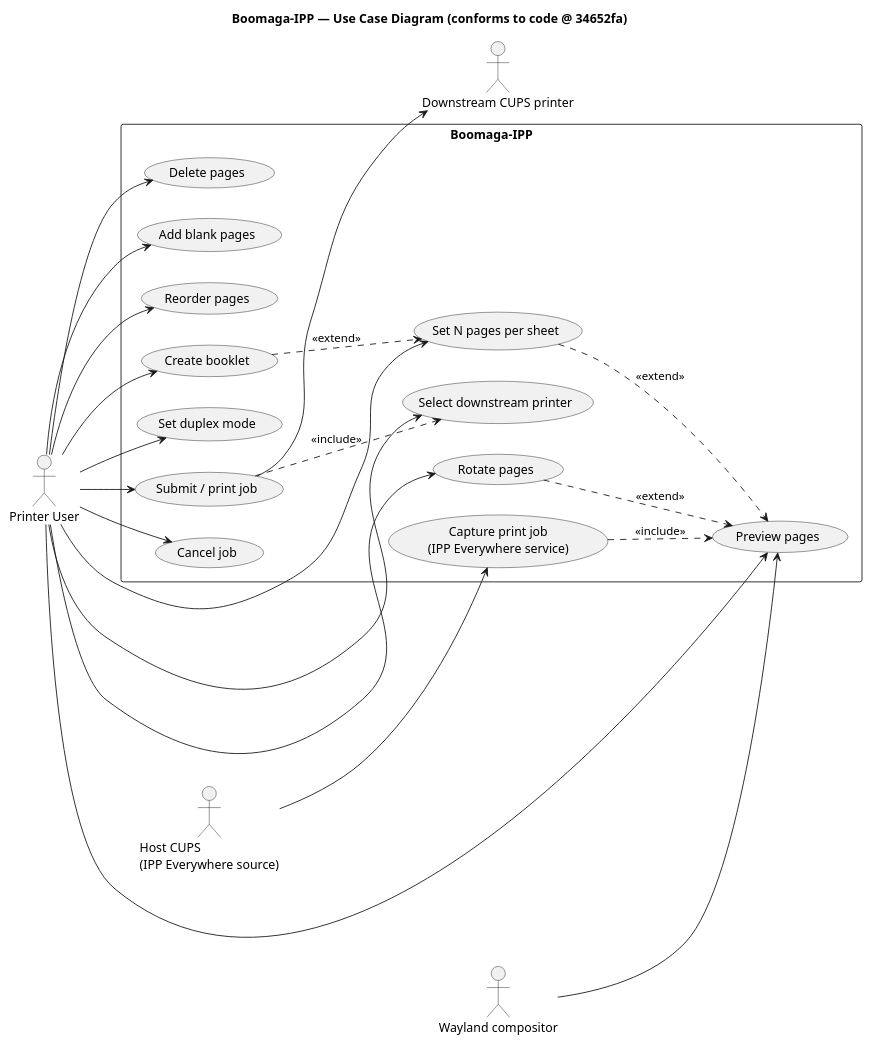
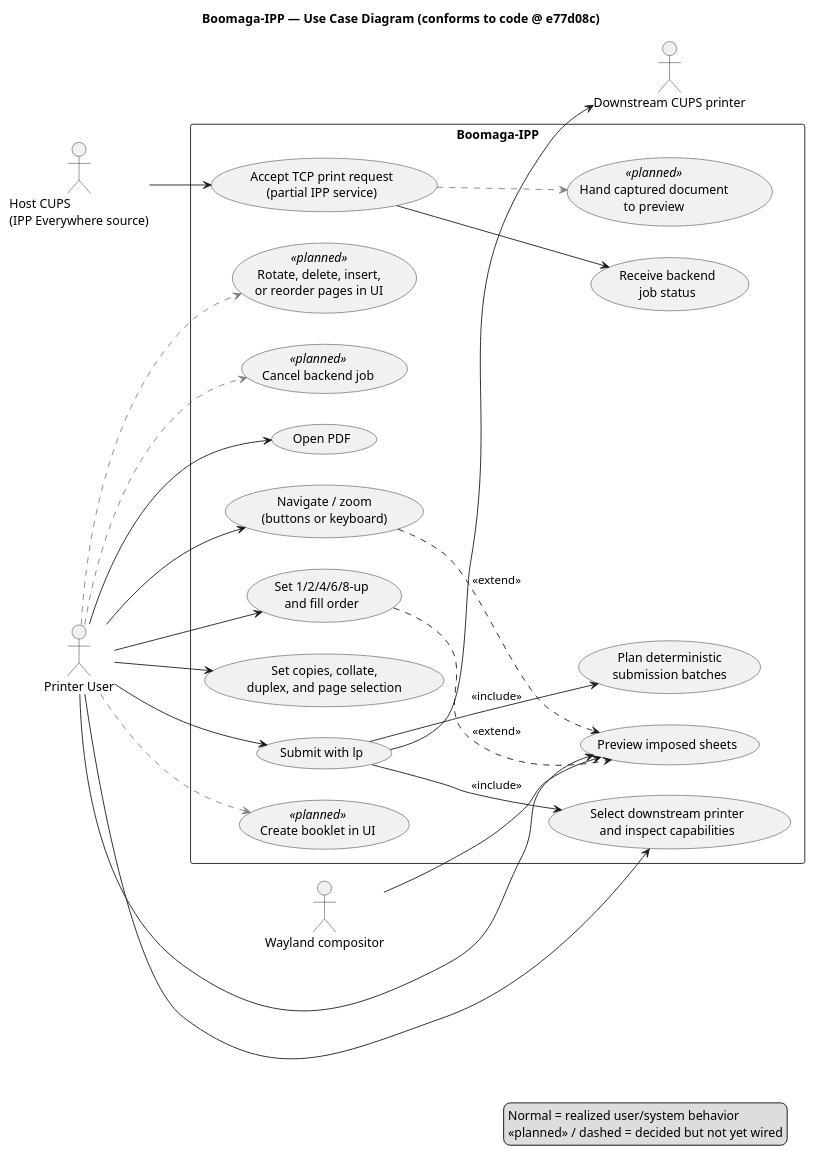
The diagram in docs/uml/C4-usecase.puml (GaryScottMartin/Boomaga-IPP), drawn with PlantUML before and after one commit. The commit also changed 15 other files, not shown here.

Commit message:
Reconcile UML through Phase G

```diff
--- a/docs/uml/C4-usecase.puml
+++ b/docs/uml/C4-usecase.puml
@@ -1,46 +1,54 @@
 @startuml
-title Boomaga-IPP — Use Case Diagram (conforms to code @ 34652fa)
+title Boomaga-IPP — Use Case Diagram (conforms to code @ e77d08c)
 left to right direction
 skinparam packageStyle rectangle
 
 actor "Printer User" as User
 actor "Host CUPS\n(IPP Everywhere source)" as CUPS
 actor "Wayland compositor" as Wayland
 actor "Downstream CUPS printer" as Printer
 
 rectangle "Boomaga-IPP" {
-  usecase "Capture print job\n(IPP Everywhere service)" as UC1
-  usecase "Preview pages" as UC2
-  usecase "Rotate pages" as UC3
-  usecase "Delete pages" as UC4
-  usecase "Add blank pages" as UC5
-  usecase "Reorder pages" as UC6
-  usecase "Set N pages per sheet" as UC7
-  usecase "Create booklet" as UC8
-  usecase "Set duplex mode" as UC9
-  usecase "Select downstream printer" as UC10
-  usecase "Submit / print job" as UC11
-  usecase "Cancel job" as UC12
+  usecase "Accept TCP print request\n(partial IPP service)" as UC1
+  usecase "Receive backend\njob status" as UC2
+  usecase "Open PDF" as UC3
+  usecase "Preview imposed sheets" as UC4
+  usecase "Navigate / zoom\n(buttons or keyboard)" as UC5
+  usecase "Set 1/2/4/6/8-up\nand fill order" as UC6
+  usecase "Select downstream printer\nand inspect capabilities" as UC7
+  usecase "Set copies, collate,\nduplex, and page selection" as UC8
+  usecase "Plan deterministic\nsubmission batches" as UC9
+  usecase "Submit with lp" as UC10
+
+  usecase "Hand captured document\nto preview" as FUT1 <<planned>>
+  usecase "Create booklet in UI" as FUT2 <<planned>>
+  usecase "Rotate, delete, insert,\nor reorder pages in UI" as FUT3 <<planned>>
+  usecase "Cancel backend job" as FUT4 <<planned>>
 }
 
 CUPS --> UC1
-Wayland --> UC2
-User --> UC2
+UC1 --> UC2
+Wayland --> UC4
 User --> UC3
 User --> UC4
 User --> UC5
 User --> UC6
 User --> UC7
 User --> UC8
-User --> UC9
 User --> UC10
-User --> UC11
-User --> UC12
-UC11 --> Printer
+UC10 --> UC9 : <<include>>
+UC10 --> UC7 : <<include>>
+UC10 --> Printer
+UC6 ..> UC4 : <<extend>>
+UC5 ..> UC4 : <<extend>>
 
-UC1 ..> UC2 : <<include>>
-UC8 ..> UC7 : <<extend>>
-UC11 ..> UC10 : <<include>>
-UC7 ..> UC2 : <<extend>>
-UC3 ..> UC2 : <<extend>>
+UC1 .[#gray,dashed].> FUT1
+User .[#gray,dashed].> FUT2
+User .[#gray,dashed].> FUT3
+User .[#gray,dashed].> FUT4
+
+legend right
+  Normal = realized user/system behavior
+  <<planned>> / dashed = decided but not yet wired
+endlegend
 @enduml
```
